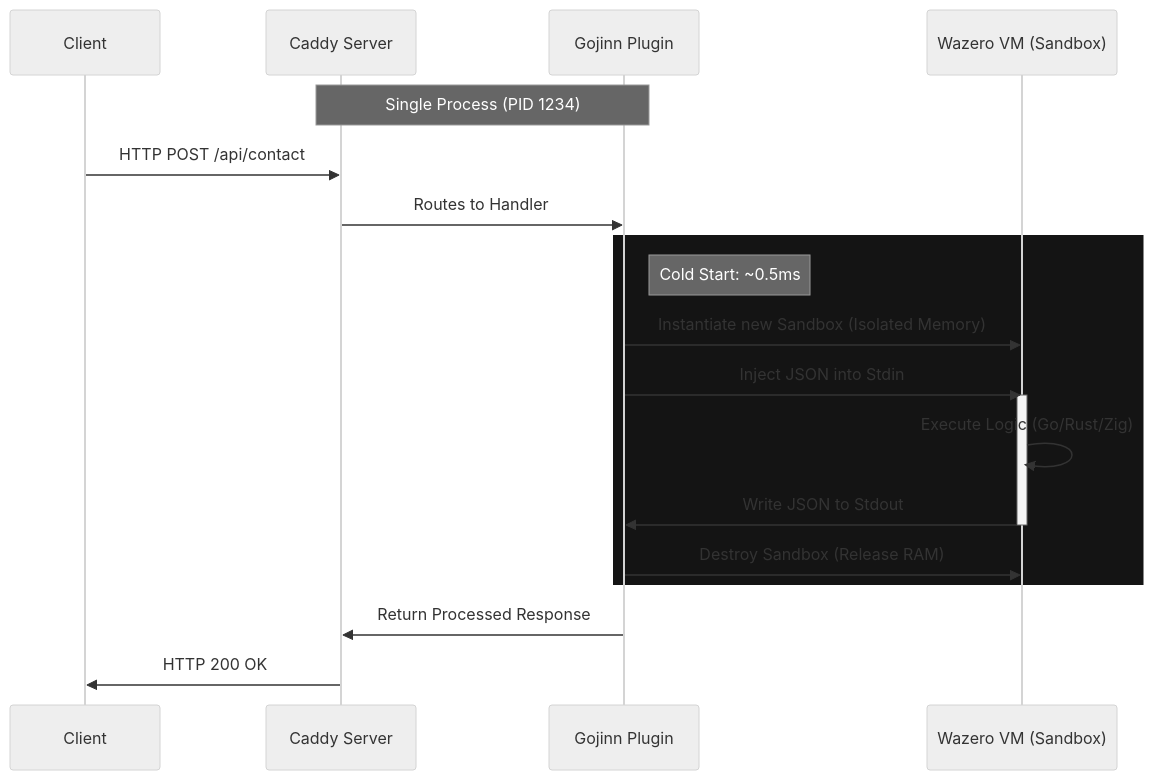
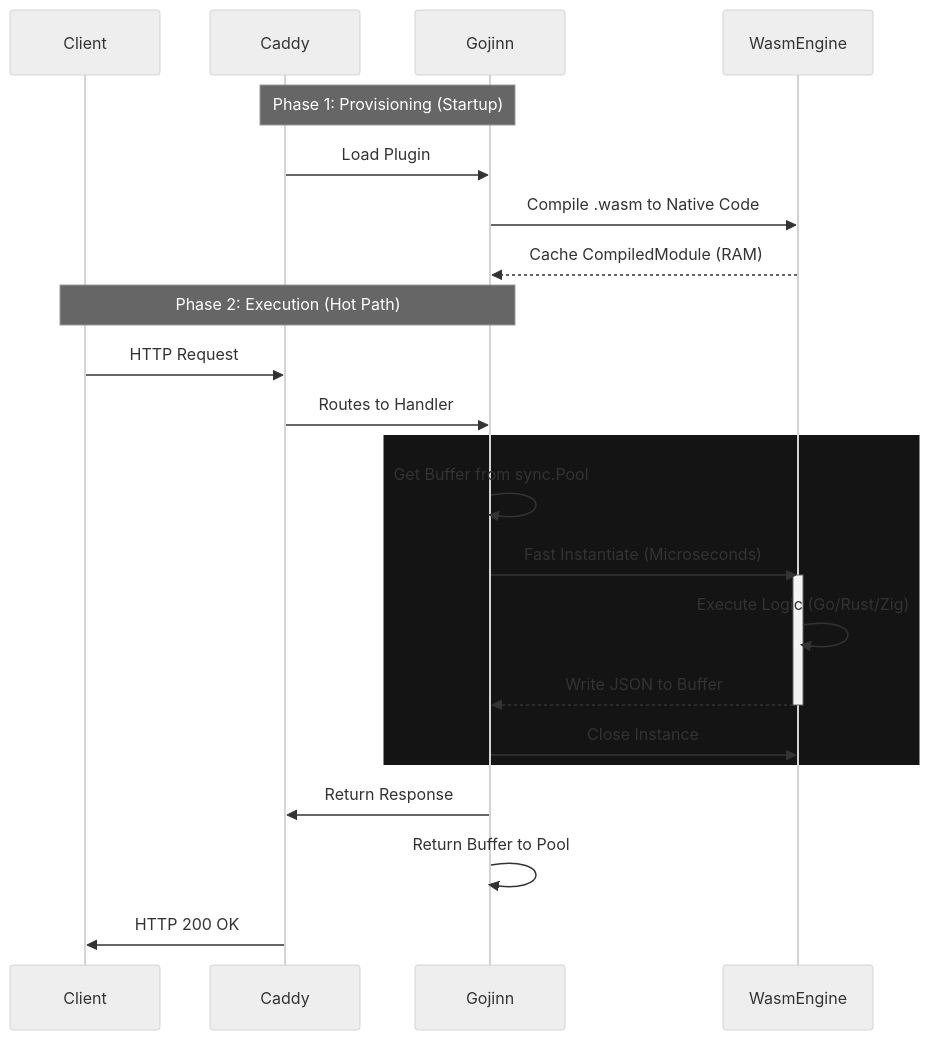
The diagram in docs/concepts/architecture.md (pauloappbr/gojinn), drawn with Mermaid (neutral theme) before and after one commit. The commit also changed other lines of this file and 6 other files, not shown here.

First line of the commit message:
chore: finalize phase 3 release artifacts

````diff
--- a/docs/concepts/architecture.md
+++ b/docs/concepts/architecture.md
@@ -15,28 +28,32 @@
 ```mermaid
 sequenceDiagram
-    participant Client as Client
-    participant Caddy as Caddy Server
-    participant Gojinn as Gojinn Plugin
-    participant VM as Wazero VM (Sandbox)
+    participant Client
+    participant Caddy
+    participant Gojinn
+    participant WasmEngine
     
-    Note over Caddy, Gojinn: Single Process (PID 1234)
-
-    Client->>Caddy: HTTP POST /api/contact
+    Note over Caddy, Gojinn: Phase 1: Provisioning (Startup)
+    Caddy->>Gojinn: Load Plugin
+    Gojinn->>WasmEngine: Compile .wasm to Native Code
+    WasmEngine-->>Gojinn: Cache CompiledModule (RAM)
+    
+    Note over Client, Gojinn: Phase 2: Execution (Hot Path)
+    Client->>Caddy: HTTP Request
     Caddy->>Gojinn: Routes to Handler
     
     rect rgb(20, 20, 20)
-        Note right of Gojinn: Cold Start: ~0.5ms
-        Gojinn->>VM: Instantiate new Sandbox (Isolated Memory)
-        Gojinn->>VM: Inject JSON into Stdin
+        Gojinn->>Gojinn: Get Buffer from sync.Pool
+        Gojinn->>WasmEngine: Fast Instantiate (Microseconds)
         
-        activate VM
-        VM->>VM: Execute Logic (Go/Rust/Zig)
-        VM->>Gojinn: Write JSON to Stdout
-        deactivate VM
+        activate WasmEngine
+        WasmEngine->>WasmEngine: Execute Logic (Go/Rust/Zig)
+        WasmEngine-->>Gojinn: Write JSON to Buffer
+        deactivate WasmEngine
         
-        Gojinn->>VM: Destroy Sandbox (Release RAM)
+        Gojinn->>WasmEngine: Close Instance
     end
     
-    Gojinn->>Caddy: Return Processed Response
+    Gojinn->>Caddy: Return Response
+    Gojinn->>Gojinn: Return Buffer to Pool
     Caddy->>Client: HTTP 200 OK
 ```
````
